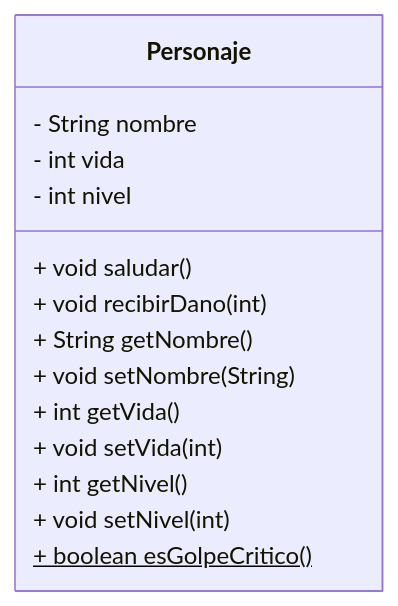
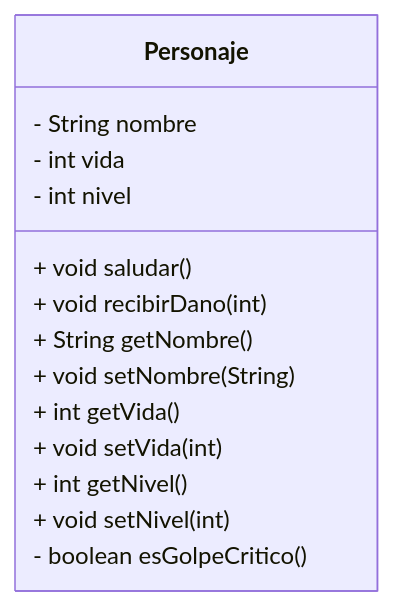
One commit to JMAbadLopez/programacion changed the fourth of 5 diagrams in docs/unidades/ud05.md. Above: the diagram before and after it, drawn with Mermaid. The commit also changed other lines of this file and 4 other files, not shown here.

````diff
--- a/docs/unidades/ud05.md
+++ b/docs/unidades/ud05.md
@@ -480,17 +480,17 @@
 ```mermaid
 classDiagram
     class Personaje {
         - String nombre
         - int vida
         - int nivel
         + void saludar()
         + void recibirDano(int)
         + String getNombre()
         + void setNombre(String)
         + int getVida()
         + void setVida(int)
         + int getNivel()
         + void setNivel(int)
-        + boolean esGolpeCritico()$
+        - boolean esGolpeCritico()
     }
 ```
````
